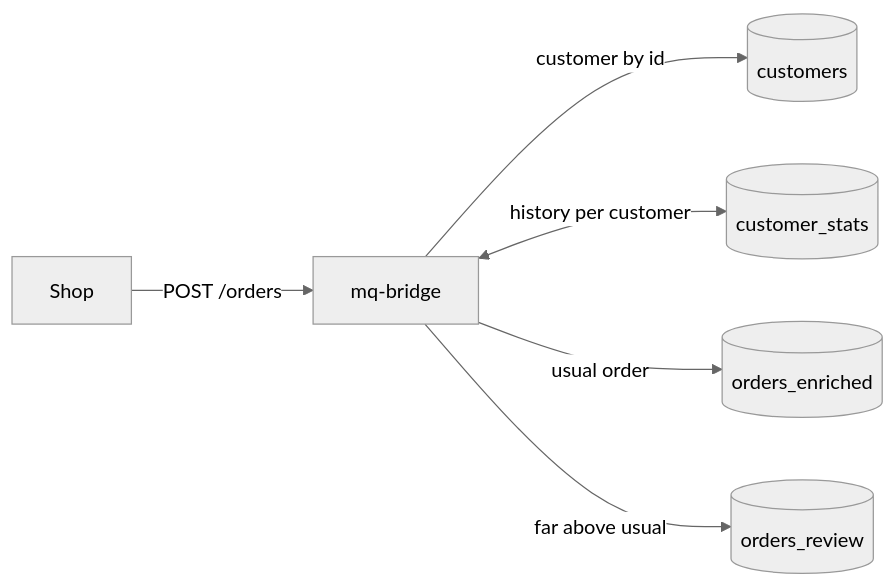
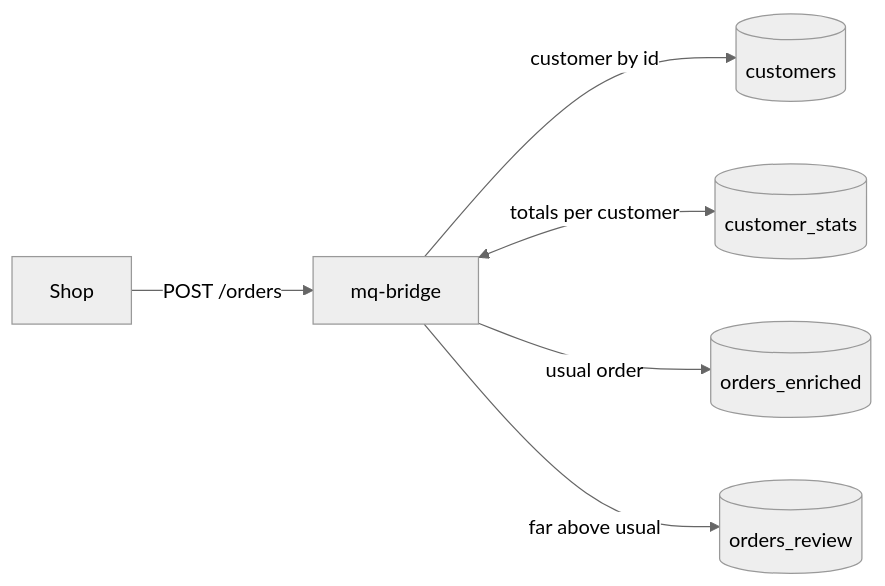
Before and after one commit to marcomq/mq-bridge: the diagram in examples/order-features/README.md, drawn with Mermaid (neutral theme). The commit also changed other lines of this file and 17 other files, not shown here.

````diff
--- a/examples/order-features/README.md
+++ b/examples/order-features/README.md
@@ -13,8 +13,8 @@
 ```mermaid
 flowchart LR
   A[Shop] -- "POST /orders" --> B[mq-bridge]
   B -- "customer by id" --> C[(customers)]
-  B <-- "history per customer" --> S[(customer_stats)]
+  B <-- "totals per customer" --> S[(customer_stats)]
   B -- "usual order" --> E[(orders_enriched)]
   B -- "far above usual" --> R[(orders_review)]
 ```
````
